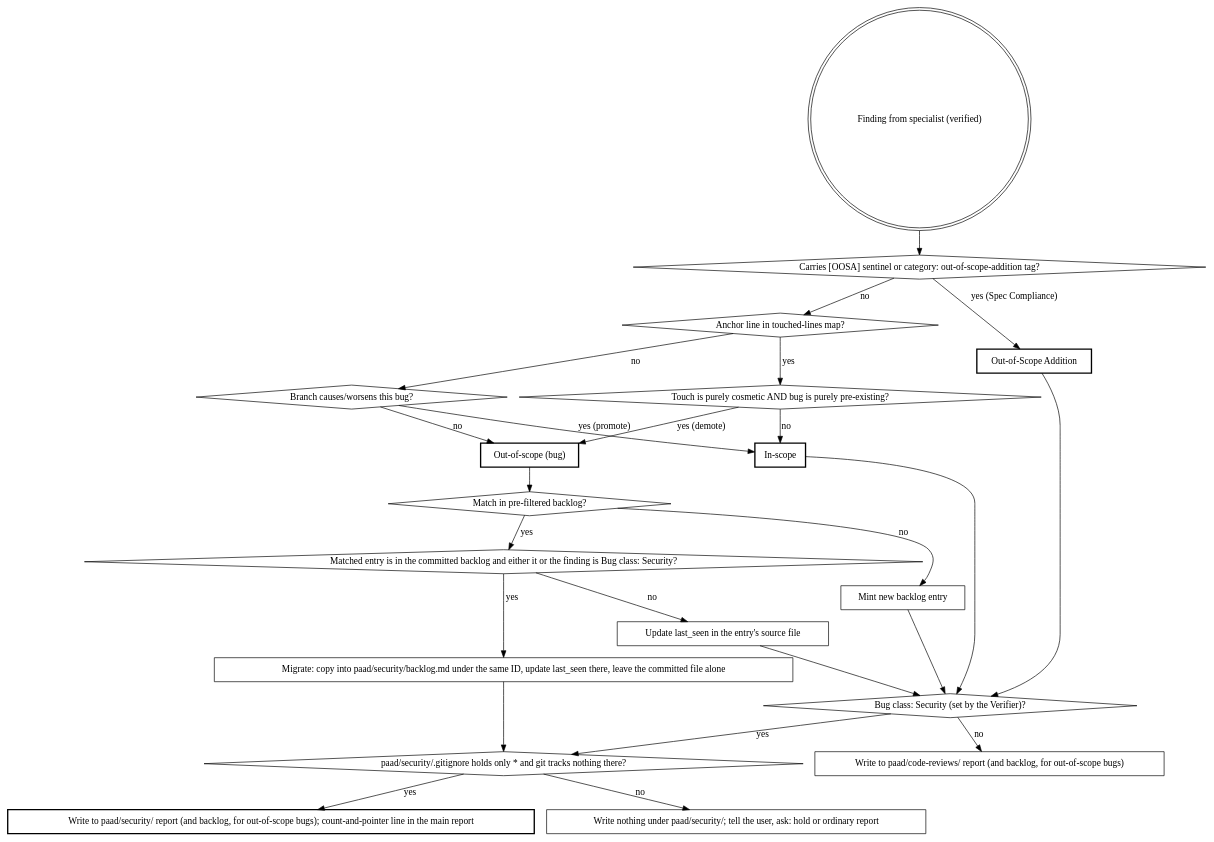
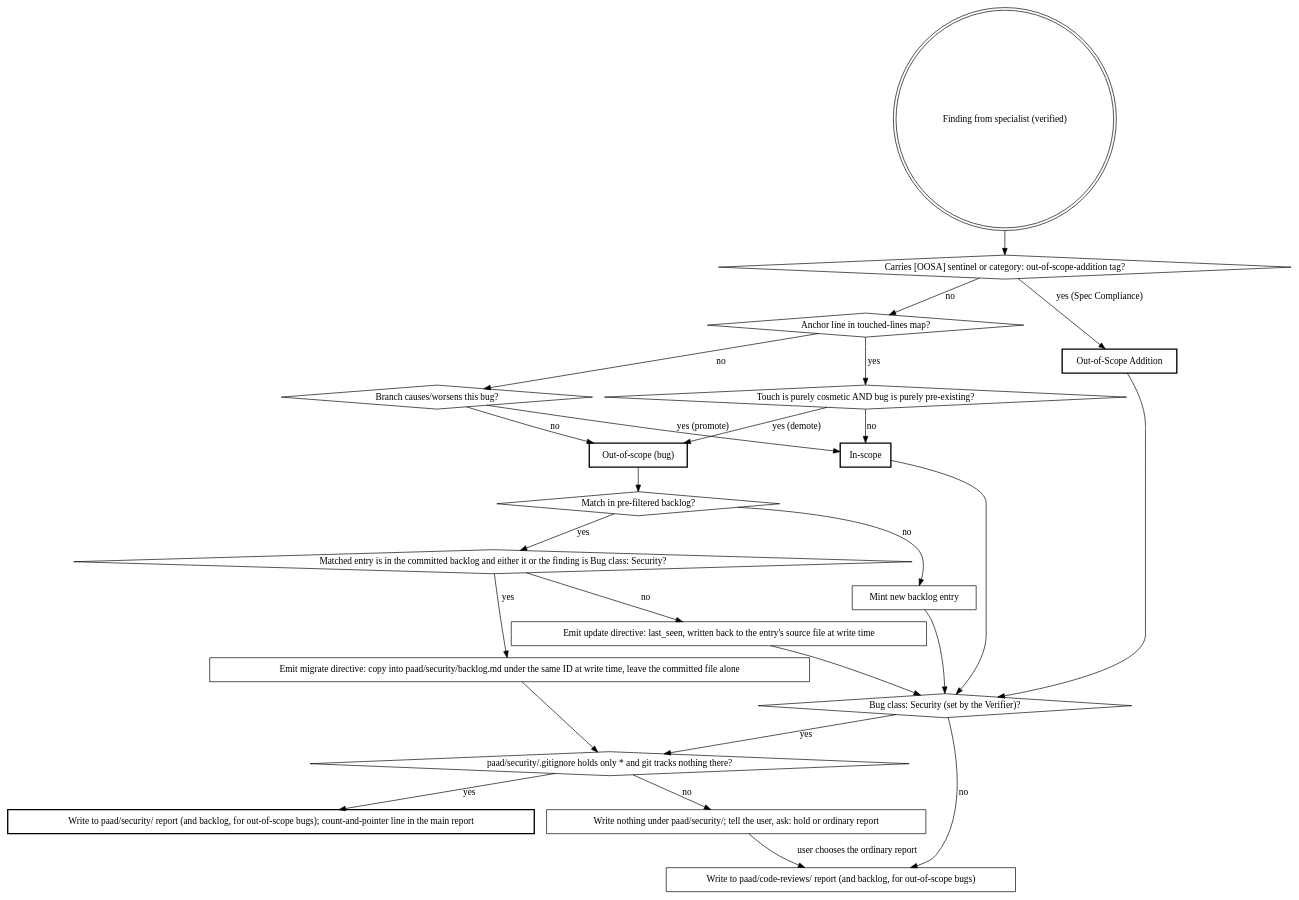
One commit to Ovid/paad changed the first of 2 diagrams in preview/paad/skills/agentic-review/SKILL.md. Above: the diagram before and after it, drawn with Graphviz. The commit also changed other lines of this file, not shown here.

Commit message:
agentic-review: count this run's migrations once; digraph writes only behind the gate
- An entry this run migrated was counted both as copied and as still to move
  by hand; it now counts as copied-not-yet-deleted.
- The digraph's migrate and last_seen boxes are directives, written at the
  gated write step; their labels said they wrote paad/security/ upstream of
  the .gitignore check.
- The 'write nothing, ask' box now reaches the ordinary report when the user
  chooses it.

````diff
--- a/preview/paad/skills/agentic-review/SKILL.md
+++ b/preview/paad/skills/agentic-review/SKILL.md
@@ -22,47 +22,48 @@
 ```dot
 digraph classification {
   "Finding from specialist (verified)" [shape=doublecircle];
   "Carries [OOSA] sentinel or category: out-of-scope-addition tag?" [shape=diamond];
   "Anchor line in touched-lines map?" [shape=diamond];
   "Branch causes/worsens this bug?" [shape=diamond];
   "Touch is purely cosmetic AND bug is purely pre-existing?" [shape=diamond];
   "Match in pre-filtered backlog?" [shape=diamond];
   "Matched entry is in the committed backlog and either it or the finding is Bug class: Security?" [shape=diamond];
 
   "In-scope" [shape=box, style=bold];
   "Out-of-scope (bug)" [shape=box, style=bold];
   "Out-of-Scope Addition" [shape=box, style=bold];
-  "Update last_seen in the entry's source file" [shape=box];
+  "Emit update directive: last_seen, written back to the entry's source file at write time" [shape=box];
   "Mint new backlog entry" [shape=box];
-  "Migrate: copy into paad/security/backlog.md under the same ID, update last_seen there, leave the committed file alone" [shape=box];
+  "Emit migrate directive: copy into paad/security/backlog.md under the same ID at write time, leave the committed file alone" [shape=box];
   "Bug class: Security (set by the Verifier)?" [shape=diamond];
   "Write to paad/security/ report (and backlog, for out-of-scope bugs); count-and-pointer line in the main report" [shape=box, style=bold];
   "paad/security/.gitignore holds only * and git tracks nothing there?" [shape=diamond];
   "Write nothing under paad/security/; tell the user, ask: hold or ordinary report" [shape=box];
   "Write to paad/code-reviews/ report (and backlog, for out-of-scope bugs)" [shape=box];
 
   "Finding from specialist (verified)" -> "Carries [OOSA] sentinel or category: out-of-scope-addition tag?";
   "Carries [OOSA] sentinel or category: out-of-scope-addition tag?" -> "Out-of-Scope Addition" [label="yes (Spec Compliance)"];
   "Out-of-Scope Addition" -> "Bug class: Security (set by the Verifier)?";
   "Carries [OOSA] sentinel or category: out-of-scope-addition tag?" -> "Anchor line in touched-lines map?" [label="no"];
   "Anchor line in touched-lines map?" -> "Touch is purely cosmetic AND bug is purely pre-existing?" [label="yes"];
   "Anchor line in touched-lines map?" -> "Branch causes/worsens this bug?" [label="no"];
   "Touch is purely cosmetic AND bug is purely pre-existing?" -> "Out-of-scope (bug)" [label="yes (demote)"];
   "Touch is purely cosmetic AND bug is purely pre-existing?" -> "In-scope" [label="no"];
   "Branch causes/worsens this bug?" -> "In-scope" [label="yes (promote)"];
   "Branch causes/worsens this bug?" -> "Out-of-scope (bug)" [label="no"];
   "Out-of-scope (bug)" -> "Match in pre-filtered backlog?";
   "Match in pre-filtered backlog?" -> "Matched entry is in the committed backlog and either it or the finding is Bug class: Security?" [label="yes"];
-  "Matched entry is in the committed backlog and either it or the finding is Bug class: Security?" -> "Migrate: copy into paad/security/backlog.md under the same ID, update last_seen there, leave the committed file alone" [label="yes"];
-  "Matched entry is in the committed backlog and either it or the finding is Bug class: Security?" -> "Update last_seen in the entry's source file" [label="no"];
-  "Migrate: copy into paad/security/backlog.md under the same ID, update last_seen there, leave the committed file alone" -> "paad/security/.gitignore holds only * and git tracks nothing there?";
+  "Matched entry is in the committed backlog and either it or the finding is Bug class: Security?" -> "Emit migrate directive: copy into paad/security/backlog.md under the same ID at write time, leave the committed file alone" [label="yes"];
+  "Matched entry is in the committed backlog and either it or the finding is Bug class: Security?" -> "Emit update directive: last_seen, written back to the entry's source file at write time" [label="no"];
+  "Emit migrate directive: copy into paad/security/backlog.md under the same ID at write time, leave the committed file alone" -> "paad/security/.gitignore holds only * and git tracks nothing there?";
   "Match in pre-filtered backlog?" -> "Mint new backlog entry" [label="no"];
   "In-scope" -> "Bug class: Security (set by the Verifier)?";
-  "Update last_seen in the entry's source file" -> "Bug class: Security (set by the Verifier)?";
+  "Emit update directive: last_seen, written back to the entry's source file at write time" -> "Bug class: Security (set by the Verifier)?";
   "Mint new backlog entry" -> "Bug class: Security (set by the Verifier)?";
   "Bug class: Security (set by the Verifier)?" -> "paad/security/.gitignore holds only * and git tracks nothing there?" [label="yes"];
   "paad/security/.gitignore holds only * and git tracks nothing there?" -> "Write to paad/security/ report (and backlog, for out-of-scope bugs); count-and-pointer line in the main report" [label="yes"];
   "paad/security/.gitignore holds only * and git tracks nothing there?" -> "Write nothing under paad/security/; tell the user, ask: hold or ordinary report" [label="no"];
   "Bug class: Security (set by the Verifier)?" -> "Write to paad/code-reviews/ report (and backlog, for out-of-scope bugs)" [label="no"];
+  "Write nothing under paad/security/; tell the user, ask: hold or ordinary report" -> "Write to paad/code-reviews/ report (and backlog, for out-of-scope bugs)" [label="user chooses the ordinary report"];
 }
 ```
````
